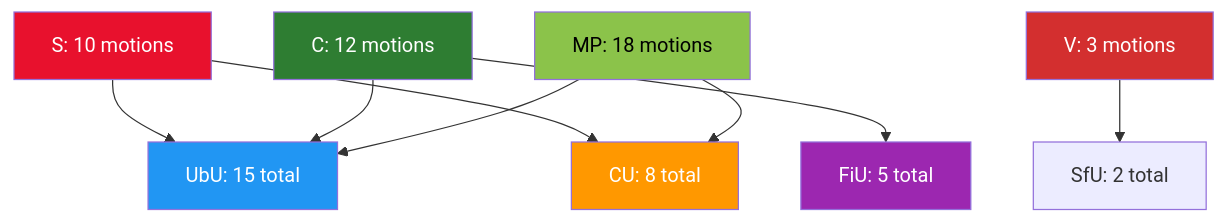
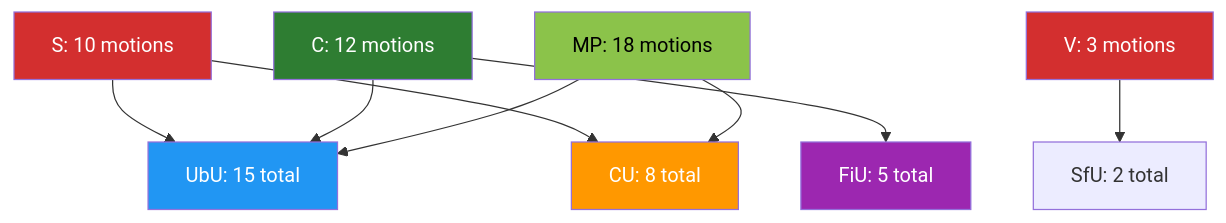
The diagram in analysis/daily/2026-04-06/motions/swot-analysis.md (Hack23/riksdagsmonitor), drawn with Mermaid before and after one commit. The commit also changed 121 other files, not shown here.

````diff
--- a/analysis/daily/2026-04-06/motions/swot-analysis.md
+++ b/analysis/daily/2026-04-06/motions/swot-analysis.md
@@ -12,18 +12,18 @@
 ```mermaid
 graph TD
-    style S fill:#e8112d,color:white
+    style S fill:#D32F2F,color:white
     style C fill:#2E7D32,color:white
     style MP fill:#8BC34A,color:black
     style V fill:#D32F2F,color:white
     style UbU fill:#2196F3,color:white
     style CU fill:#FF9800,color:white
     style FiU fill:#9C27B0,color:white
     
     S[S: 10 motions] --> UbU[UbU: 15 total]
     S --> CU[CU: 8 total]
     C[C: 12 motions] --> UbU
     C --> FiU[FiU: 5 total]
     MP[MP: 18 motions] --> UbU
     MP --> CU
     V[V: 3 motions] --> SfU[SfU: 2 total]
 ```
````
